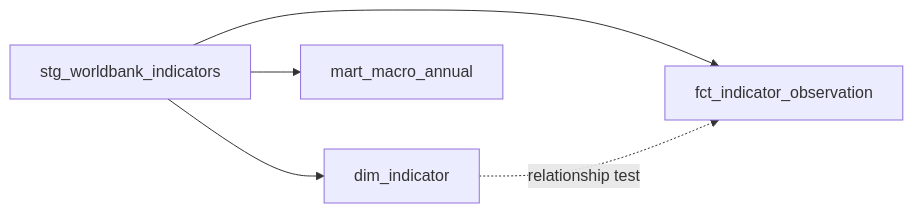
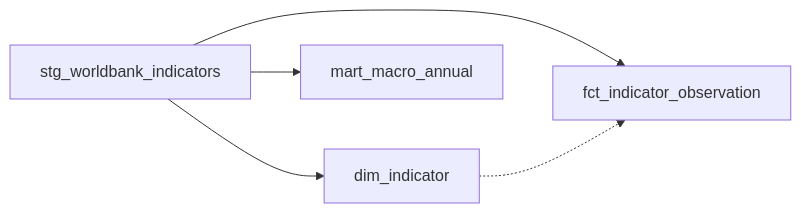
The second of 2 diagrams in README.md (fzlmn/morocco-data-platform), drawn with Mermaid before and after one commit. The commit also changed other lines of this file and 3 other files, not shown here.

````diff
--- a/README.md
+++ b/README.md
@@ -44,7 +44,7 @@
 ```mermaid
 flowchart LR
-    S["stg_worldbank_indicators"] --> D1["dim_indicator"]
-    S --> F1["fct_indicator_observation"]
-    S --> M1["mart_macro_annual"]
-    D1 -.->|relationship test| F1
+    S[stg_worldbank_indicators] --> D1[dim_indicator]
+    S --> F1[fct_indicator_observation]
+    S --> M1[mart_macro_annual]
+    D1 -.-> F1
 ```
````
